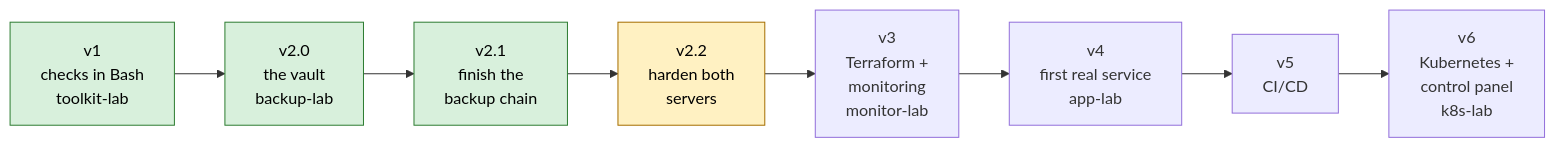
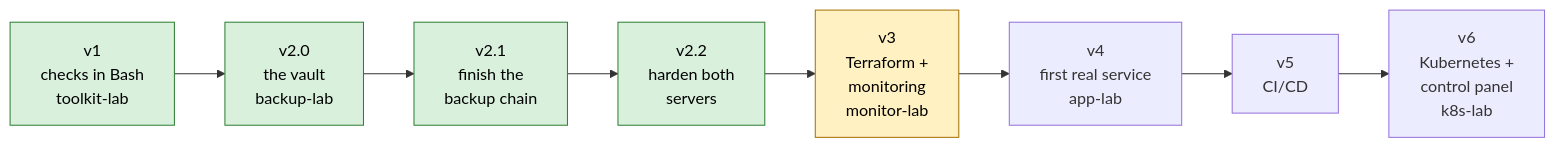
Before and after one commit to ghaith-bl/linux-server-toolkit: the diagram in docs/ROADMAP.md, drawn with Mermaid. The commit also changed other lines of this file and 1 other file, not shown here.

Commit message:
README, ROADMAP: v2.2 is done

````diff
--- a/docs/ROADMAP.md
+++ b/docs/ROADMAP.md
@@ -6,14 +6,14 @@
 ```mermaid
 flowchart LR
     v1["v1<br/>checks in Bash<br/>toolkit-lab"]:::done
     v20["v2.0<br/>the vault<br/>backup-lab"]:::done
     v21["v2.1<br/>finish the<br/>backup chain"]:::done
-    v22["v2.2<br/>harden both<br/>servers"]:::next
-    v3["v3<br/>Terraform +<br/>monitoring<br/>monitor-lab"]
+    v22["v2.2<br/>harden both<br/>servers"]:::done
+    v3["v3<br/>Terraform +<br/>monitoring<br/>monitor-lab"]:::next
     v4["v4<br/>first real service<br/>app-lab"]
     v5["v5<br/>CI/CD"]
     v6["v6<br/>Kubernetes +<br/>control panel<br/>k8s-lab"]
     v1 --> v20 --> v21 --> v22 --> v3 --> v4 --> v5 --> v6
     classDef done fill:#d8f0dc,stroke:#2e7d32,color:#000
     classDef next fill:#fff1c2,stroke:#a66f00,color:#000
 ```
````
